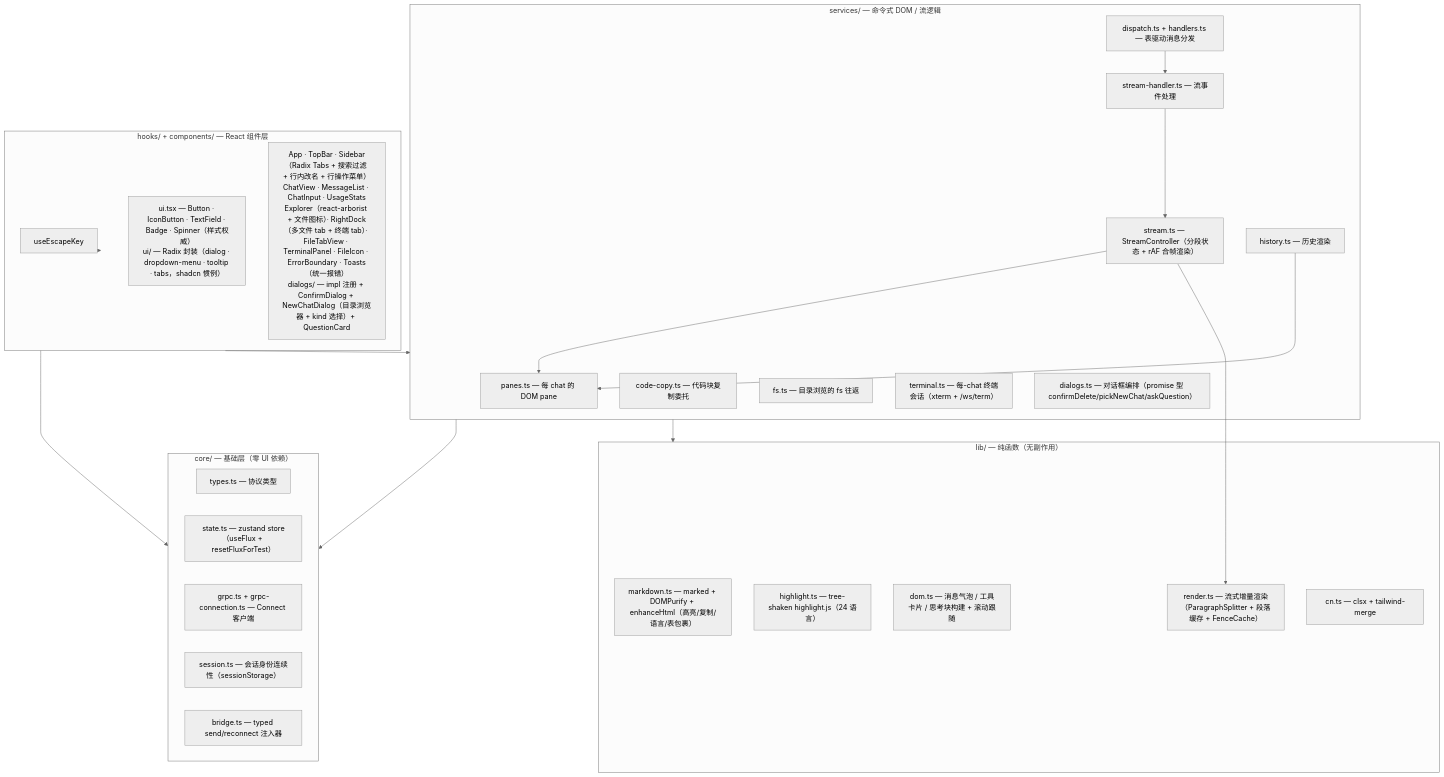
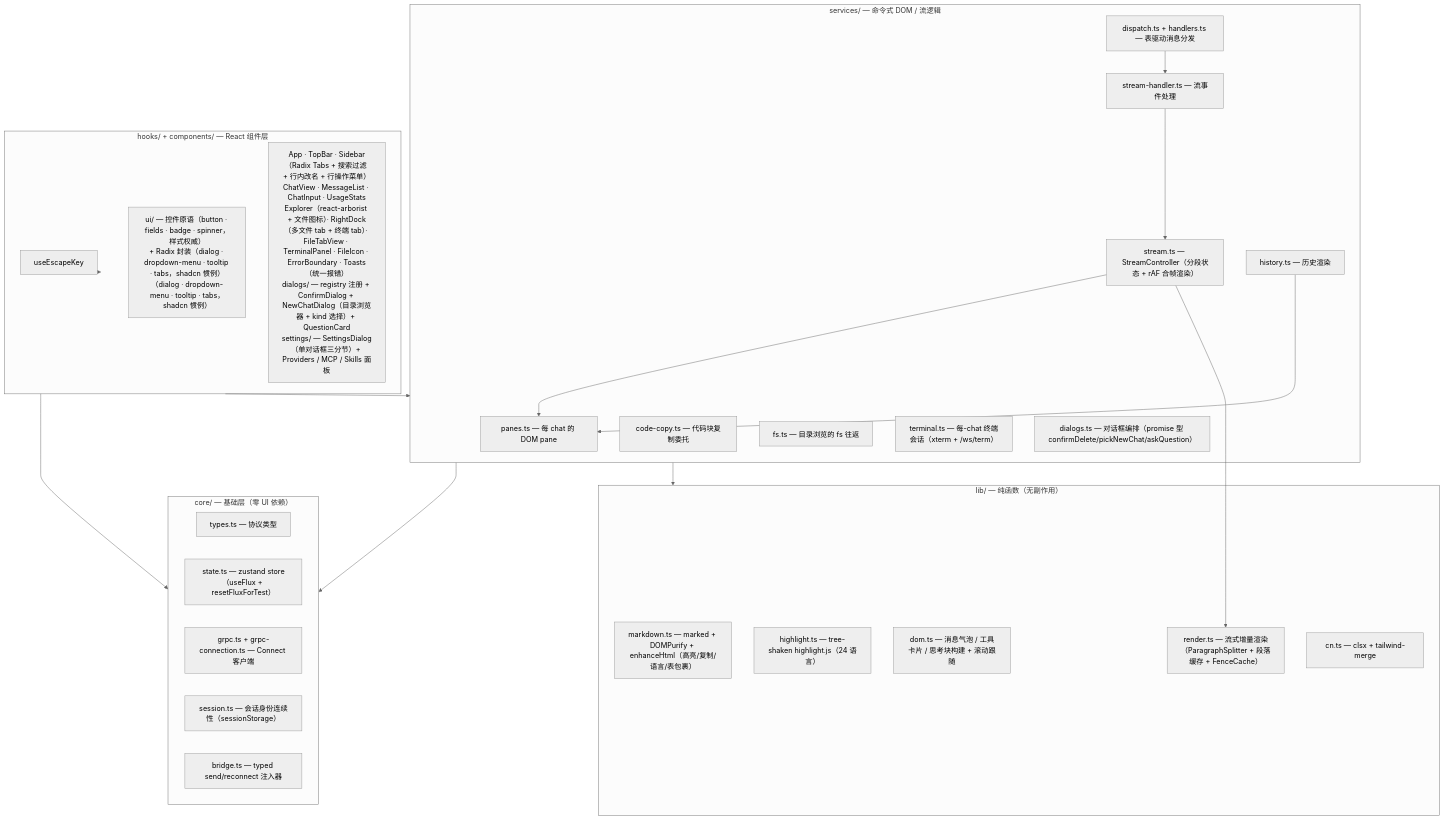
Before and after one commit to km0e/flux: the seventh of 8 diagrams in docs/architecture.md, drawn with Mermaid (neutral theme). The commit also changed other lines of this file and 75 other files, not shown here.

````diff
--- a/docs/architecture.md
+++ b/docs/architecture.md
@@ -449,43 +451,43 @@
 ```mermaid
 graph TB
  subgraph CORE["core/ — 基础层（零 UI 依赖）"]
  TYPES["types.ts — 协议类型"]
  STATE["state.ts — zustand store（useFlux + resetFluxForTest）"]
  GRPC["grpc.ts + grpc-connection.ts — Connect 客户端"]
  SESS["session.ts — 会话身份连续性（sessionStorage）"]
  BRIDGE["bridge.ts — typed send/reconnect 注入器"]
  end
  subgraph LIB["lib/ — 纯函数（无副作用）"]
  MD["markdown.ts — marked + DOMPurify + enhanceHtml（高亮/复制/语言/表包裹）"]
  HL["highlight.ts — tree-shaken highlight.js（24 语言）"]
  DOML["dom.ts — 消息气泡 / 工具卡片 / 思考块构建 + 滚动跟随"]
  RENDER["render.ts — 流式增量渲染（ParagraphSplitter + 段落缓存 + FenceCache）"]
  CN["cn.ts — clsx + tailwind-merge"]
  end
  subgraph SVC["services/ — 命令式 DOM / 流逻辑"]
  PANES["panes.ts — 每 chat 的 DOM pane"]
  STREAM["stream.ts — StreamController（分段状态 + rAF 合帧渲染）"]
  SH["stream-handler.ts — 流事件处理"]
  HIST["history.ts — 历史渲染"]
  CC["code-copy.ts — 代码块复制委托"]
  DISP["dispatch.ts + handlers.ts — 表驱动消息分发"]
  FS["fs.ts — 目录浏览的 fs 往返"]
  TERM["terminal.ts — 每-chat 终端会话（xterm + /ws/term）"]
  DIALOGS["dialogs.ts — 对话框编排（promise 型 confirmDelete/pickNewChat/askQuestion）"]
  end
  subgraph UI["hooks/ + components/ — React 组件层"]
  HOOKS["useEscapeKey"]
- PRIM["ui.tsx — Button · IconButton · TextField · Badge · Spinner（样式权威）<br/>ui/ — Radix 封装（dialog · dropdown-menu · tooltip · tabs，shadcn 惯例）"]
- COMP["App · TopBar · Sidebar（Radix Tabs + 搜索过滤 + 行内改名 + 行操作菜单）<br/>ChatView · MessageList · ChatInput · UsageStats<br/>Explorer（react-arborist + 文件图标）· RightDock（多文件 tab + 终端 tab）· FileTabView · TerminalPanel · FileIcon · ErrorBoundary · Toasts（统一报错）<br/>dialogs/ — impl 注册 + ConfirmDialog + NewChatDialog（目录浏览器 + kind 选择）+ QuestionCard"]
+ PRIM["ui/ — 控件原语（button · fields · badge · spinner，样式权威）<br/>+ Radix 封装（dialog · dropdown-menu · tooltip · tabs，shadcn 惯例）（dialog · dropdown-menu · tooltip · tabs，shadcn 惯例）"]
+ COMP["App · TopBar · Sidebar（Radix Tabs + 搜索过滤 + 行内改名 + 行操作菜单）<br/>ChatView · MessageList · ChatInput · UsageStats<br/>Explorer（react-arborist + 文件图标）· RightDock（多文件 tab + 终端 tab）· FileTabView · TerminalPanel · FileIcon · ErrorBoundary · Toasts（统一报错）<br/>dialogs/ — registry 注册 + ConfirmDialog + NewChatDialog（目录浏览器 + kind 选择）+ QuestionCard<br/>settings/ — SettingsDialog（单对话框三分节）+ Providers / MCP / Skills 面板"]
  end
  SVC --> LIB
  SVC --> CORE
  DISP --> SH
  SH --> STREAM
  STREAM --> RENDER
  HIST --> PANES
  STREAM --> PANES
  UI --> SVC
  UI --> HOOKS
  UI --> CORE
 ```
````
